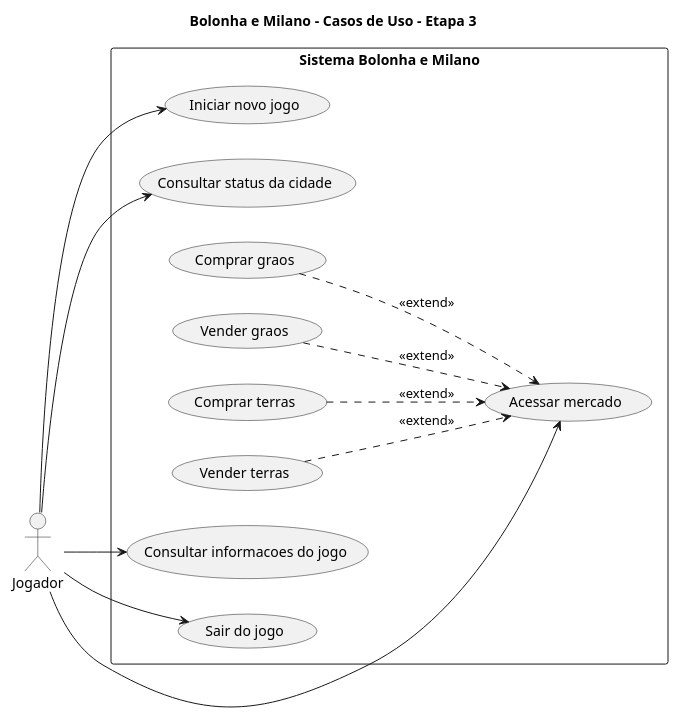
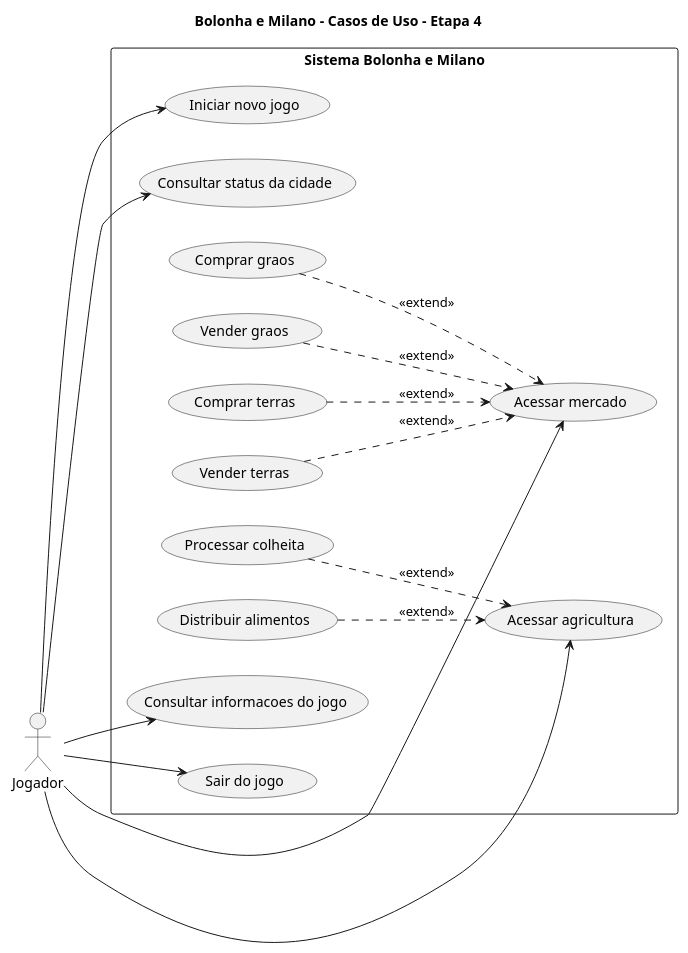
One commit to logalfran/projeto-bolonha-e-milano changed the diagram in casos-de-uso/Diagrama-casos-de-uso.puml. Above: the diagram before and after it, drawn with PlantUML. The commit also changed 4 other files, not shown here.

Commit message:
Etapa 4: agricultura, população e diagramas UML

```diff
--- a/casos-de-uso/Diagrama-casos-de-uso.puml
+++ b/casos-de-uso/Diagrama-casos-de-uso.puml
@@ -1,38 +1,46 @@
 @startuml
-title Bolonha e Milano - Casos de Uso - Etapa 3
+title Bolonha e Milano - Casos de Uso - Etapa 4
 
 left to right direction
 
-' O ator representa a pessoa que utiliza o jogo.
-actor "Jogador" as Jogador
+' Ator que interage com o sistema
+actor "Jogador" as J
 
-' O retangulo representa o sistema.
 rectangle "Sistema Bolonha e Milano" {
 
     usecase "Iniciar novo jogo" as UC1
     usecase "Consultar status da cidade" as UC2
+
     usecase "Acessar mercado" as UC3
-
     usecase "Comprar graos" as UC4
     usecase "Vender graos" as UC5
     usecase "Comprar terras" as UC6
     usecase "Vender terras" as UC7
 
-    usecase "Consultar informacoes do jogo" as UC8
-    usecase "Sair do jogo" as UC9
+    usecase "Acessar agricultura" as UC8
+    usecase "Processar colheita" as UC9
+    usecase "Distribuir alimentos" as UC10
+
+    usecase "Consultar informacoes do jogo" as UC11
+    usecase "Sair do jogo" as UC12
 }
 
-' Acoes que o jogador pode realizar.
-Jogador --> UC1
-Jogador --> UC2
-Jogador --> UC3
-Jogador --> UC8
-Jogador --> UC9
+' Funcionalidades acessadas pelo jogador
+J --> UC1
+J --> UC2
+J --> UC3
+J --> UC8
+J --> UC11
+J --> UC12
 
-' Negociacoes disponiveis dentro do mercado.
+' Operacoes disponíveis no mercado
 UC4 ..> UC3 : <<extend>>
 UC5 ..> UC3 : <<extend>>
 UC6 ..> UC3 : <<extend>>
 UC7 ..> UC3 : <<extend>>
 
+' Operacoes disponíveis na agricultura
+UC9 ..> UC8 : <<extend>>
+UC10 ..> UC8 : <<extend>>
+
 @enduml
```
